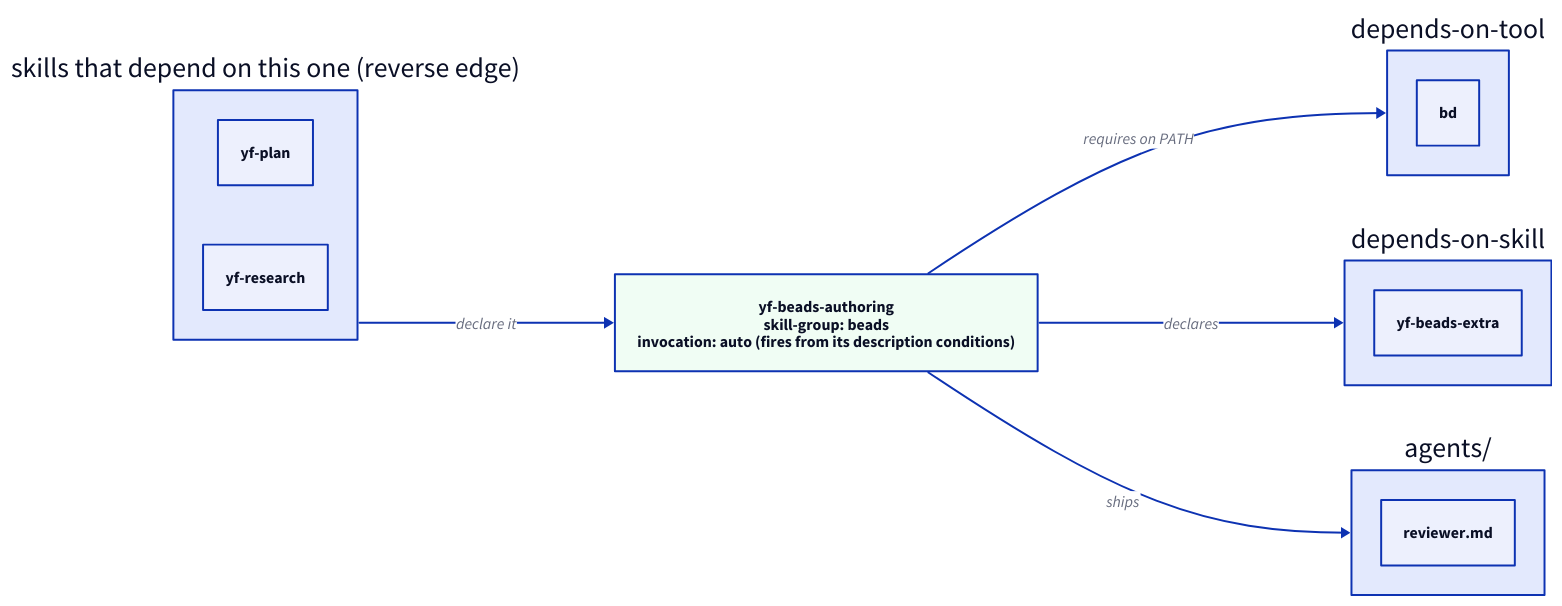
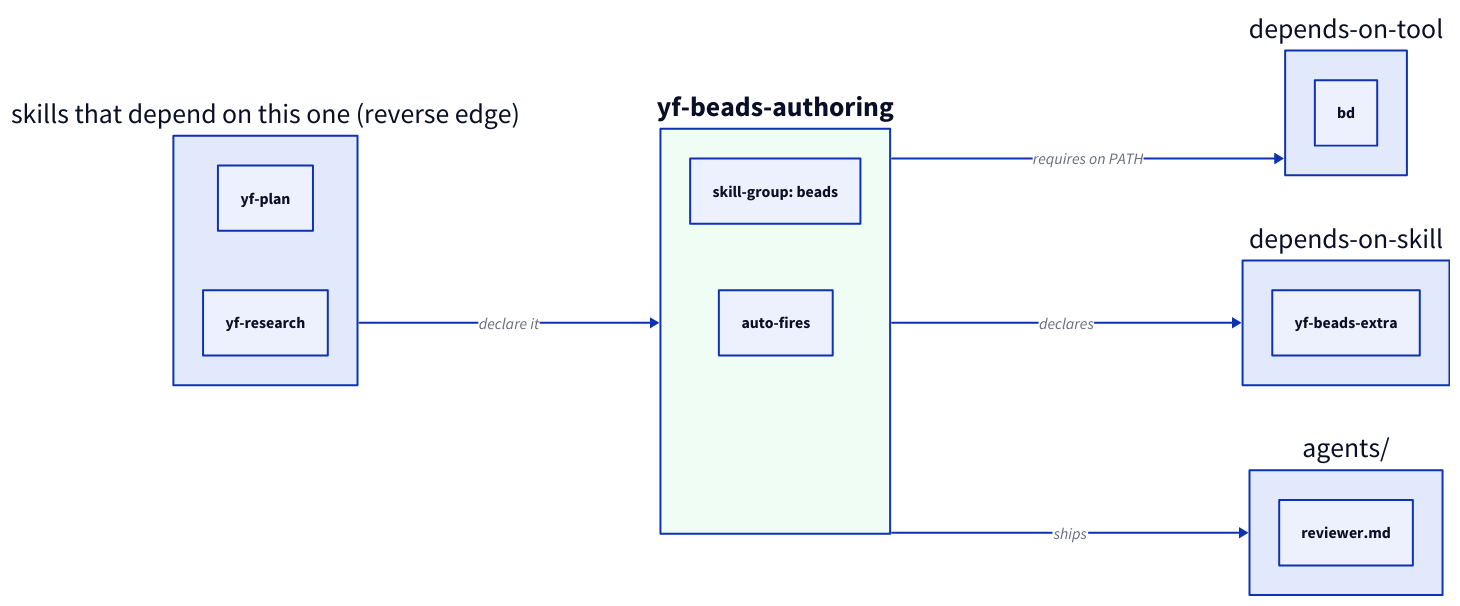
The diagram in web/content/images/skills/yf-beads-authoring.d2 (dixson3/yoshiko-flow), drawn with D2 before and after one commit. The commit also changed 46 other files, not shown here.

First line of the commit message:
plan-067 Epic 7 (7.0-7.7): the diagram restyle

```diff
--- a/web/content/images/skills/yf-beads-authoring.d2
+++ b/web/content/images/skills/yf-beads-authoring.d2
@@ -1,43 +1,44 @@
 # GENERATED by web/plugins/skill_diagrams.py — DO NOT EDIT BY HAND.
 # Regenerate: uv run web/plugins/skill_diagrams.py
 # Verify:     uv run web/plugins/skill_diagrams.py --check
 # Source of truth: skills/yf-beads-authoring/SKILL.md frontmatter + directory listings,
 # read through web/plugins/skill_model.py — the SAME reader the site page uses.
 # nodes=6 edges=5 (threshold: nodes >= 5)
 direction: right
 
 yf_beads_authoring: {
-  label: "yf-beads-authoring\nskill-group: beads\ninvocation: auto (fires from its description conditions)"
-  shape: rectangle
+  label: "yf-beads-authoring"
   style.fill: "#f0fdf4"
   style.bold: true
+  group: "skill-group: beads"
+  invocation: "auto-fires"
 }
 
 tools: {
   label: "depends-on-tool"
   # single column
   bd: "bd"
 }
 
 deps: {
   label: "depends-on-skill"
   # single column
   yf_beads_extra: "yf-beads-extra"
 }
 
 dependents: {
   label: "skills that depend on this one (reverse edge)"
   # single column
   yf_plan: "yf-plan"
   yf_research: "yf-research"
 }
 
 agents: {
   label: "agents/"
   reviewer_md: "reviewer.md"
 }
 
 yf_beads_authoring -> tools: "requires on PATH"
 yf_beads_authoring -> deps: "declares"
 dependents -> yf_beads_authoring: "declare it"
 yf_beads_authoring -> agents: "ships"
```
